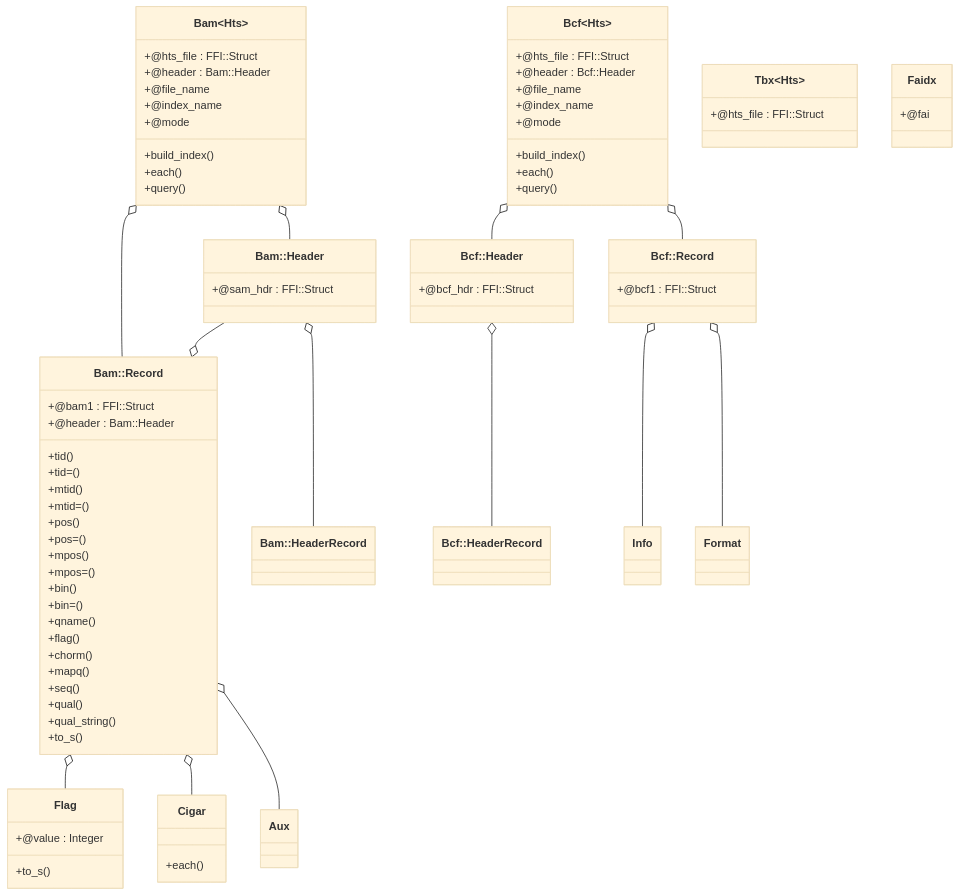
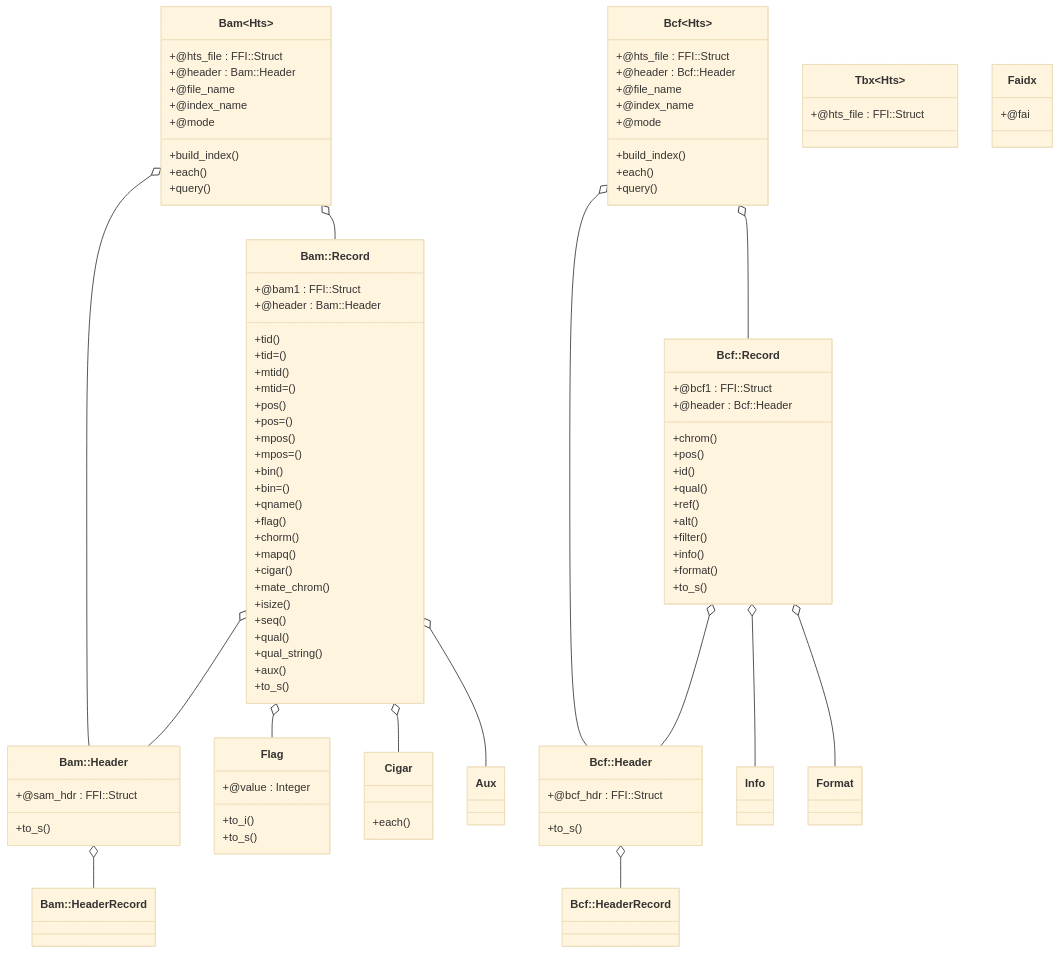
The diagram in TUTORIAL.md (kojix2/ruby-htslib), drawn with Mermaid before and after one commit.

```diff
--- a/TUTORIAL.md
+++ b/TUTORIAL.md
@@ -5,9 +5,10 @@
 classDiagram
 Bam~Hts~ o-- `Bam::Header`
 Bam o-- `Bam::Record`
-`Bam::Header` --o `Bam::Record`
+`Bam::Record` o-- `Bam::Header` 
 Bcf~Hts~ o-- `Bcf::Header`
 Bcf o-- `Bcf::Record`
+`Bcf::Record` o--`Bcf::Header` 
 `Bam::Header` o-- `Bam::HeaderRecord`
 `Bcf::Header` o-- `Bcf::HeaderRecord`
 `Bam::Record` o-- Flag
@@ -40,6 +41,7 @@
 }
 class `Bam::Header`{
   +@sam_hdr : FFI::Struct
+  +to_s()
 }
 class `Bam::Record` {
   +@bam1 : FFI::Struct
@@ -58,19 +60,36 @@
   +flag()
   +chorm()
   +mapq()
+  +cigar()
+  +mate_chrom()
+  +isize()
   +seq()
   +qual()
   +qual_string()
+  +aux()
   +to_s()
 }
 class `Bcf::Header`{
   +@bcf_hdr : FFI::Struct
+  +to_s()
 }
 class `Bcf::Record`{
   +@bcf1 : FFI::Struct
+  +@header : Bcf::Header
+  +chrom()
+  +pos()
+  +id()
+  +qual()
+  +ref()
+  +alt()
+  +filter()
+  +info()
+  +format()
+  +to_s()
 }
 class Flag {
   +@value : Integer
+  +to_i()
   +to_s()
 }
 class Cigar {
```
